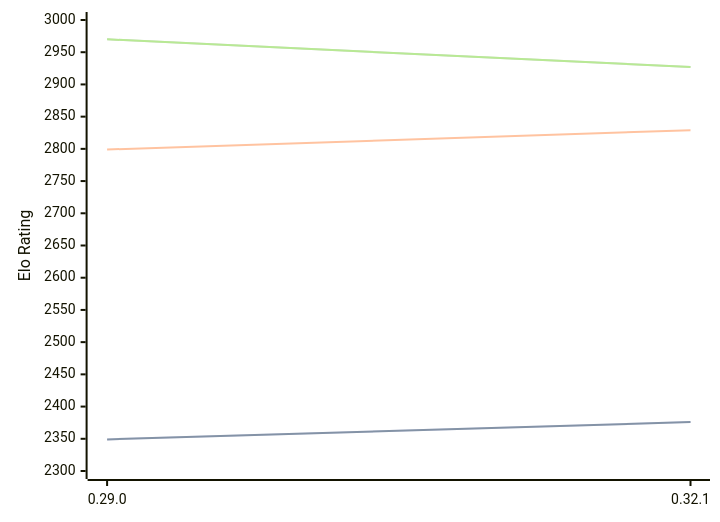
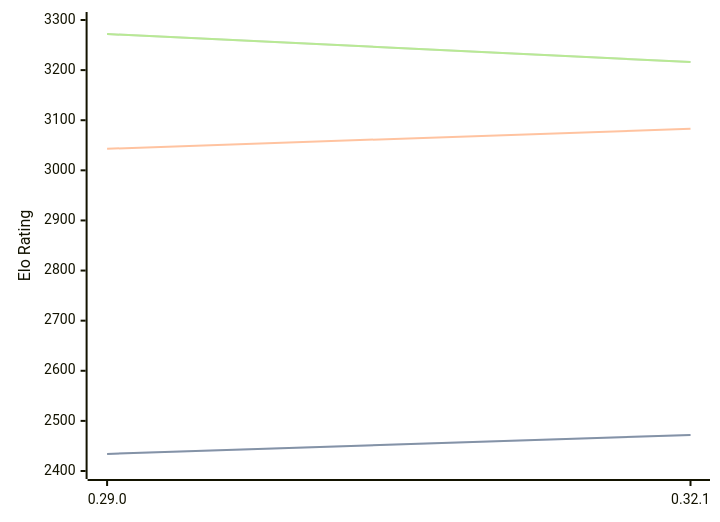
The diagram in engines/Lc0.md (computer-chess-index/cci), drawn with Mermaid before and after one commit. The commit also changed other lines of this file, not shown here.

Commit message:
Update CCI Ratings (ELO VLTC) - 2026-02-24

````diff
--- a/engines/Lc0.md
+++ b/engines/Lc0.md
@@ -65,11 +66,11 @@
 ```mermaid
 %%{init: {"theme":"base","themeVariables":{"seriesColors:['#a3a3a3','#222221','#faa371']}}}%%
 xychart-beta
   x-axis ["0.29.0", "0.32.1"]
-  y-axis "Elo Rating" 2300 --> 3000
-  line "STC (8.0+0.08s)" [2349, 2376]
-  line "STC (8.0+0.08s)" [2349, 2376]
-  line "LTC (60.0+0.60s)" [2799, 2829]
-  line "VLTC (2m24s+1.12s)" [2970, 2927]
-  line "VLTC (2m24s+1.12s)" [2970, 2927]
+  y-axis "Elo Rating" 2400 --> 3300
+  line "STC (8.0+0.08s)" [2434, 2472]
+  line "STC (8.0+0.08s)" [2434, 2472]
+  line "LTC (60.0+0.60s)" [3043, 3083]
+  line "VLTC (2m24s+1.12s)" [3272, 3216]
+  line "VLTC (2m24s+1.12s)" [3272, 3216]
 ```
````
